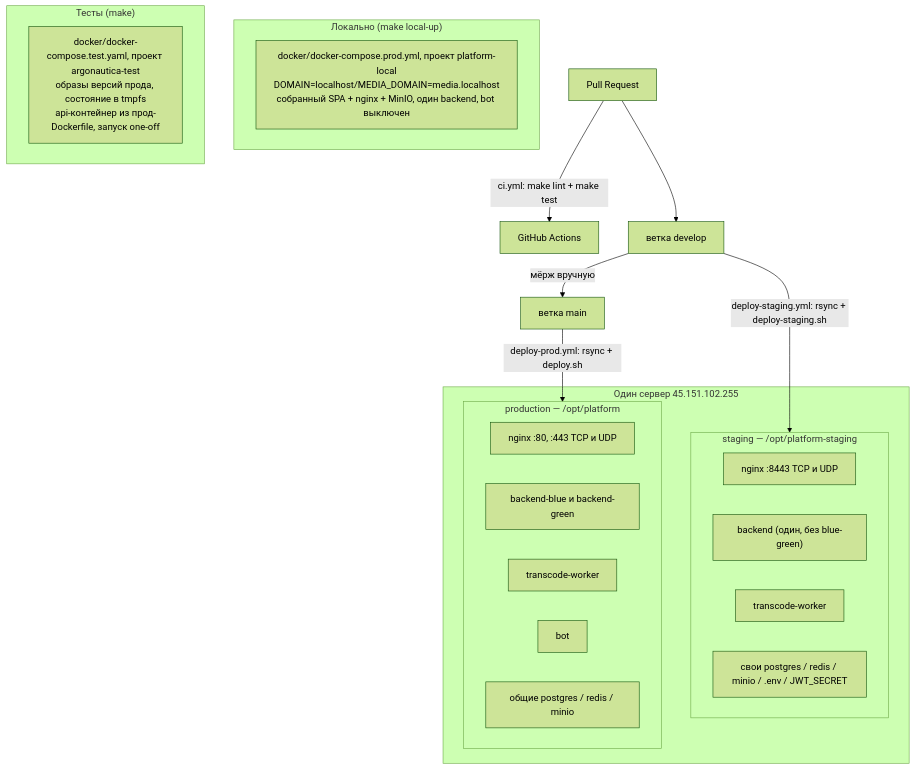
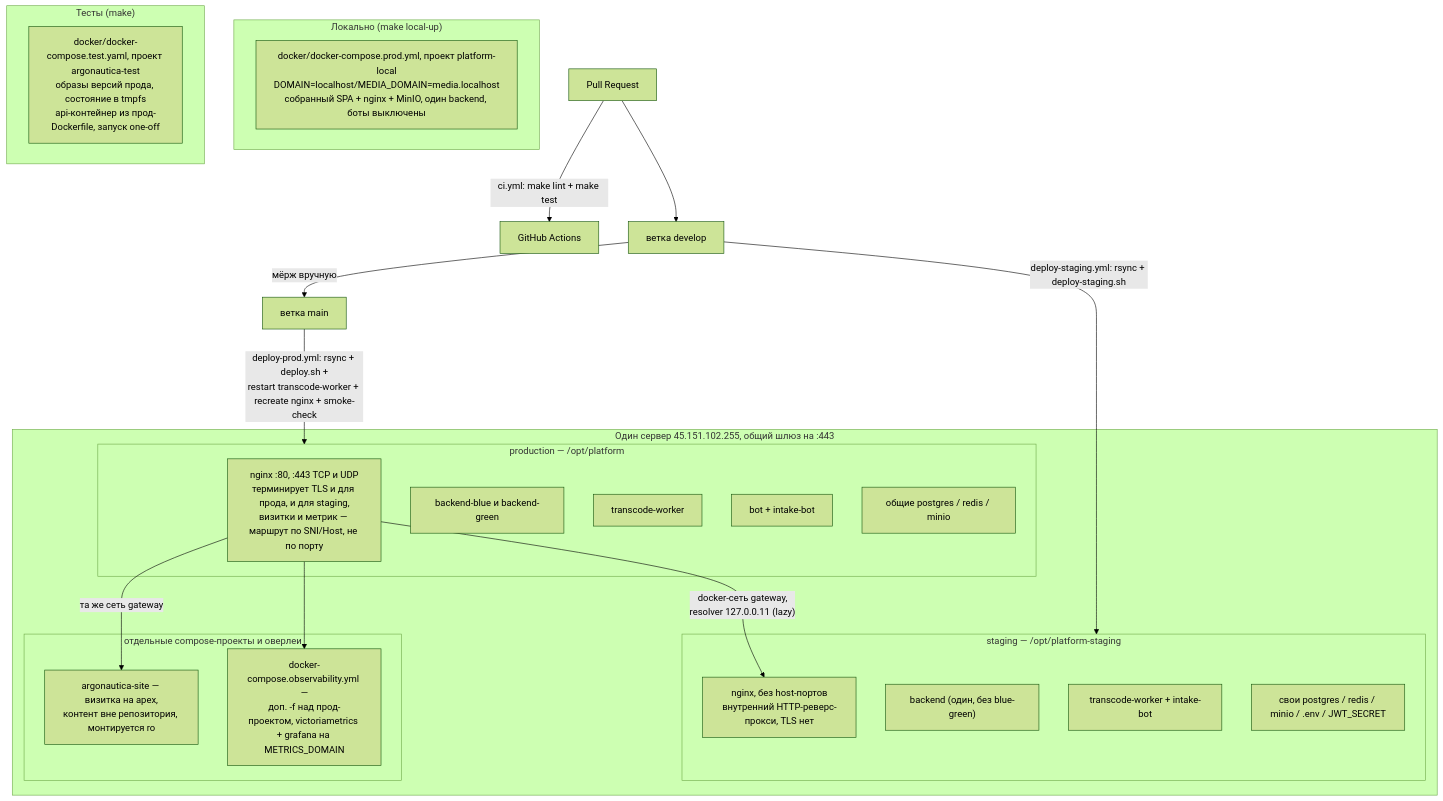
Diagram 19 of 20 in docs/ARCHITECTURE.md (code-tamer3000/argonautica-platfrorm), drawn with Mermaid (forest theme) before and after one commit. The commit also changed other lines of this file, not shown here.

First line of the commit message:
docs: синхронизировать ARCHITECTURE.md с реальностью бэкенда

````diff
--- a/docs/ARCHITECTURE.md
+++ b/docs/ARCHITECTURE.md
@@ -818,32 +1072,40 @@
 ```mermaid
 flowchart TB
     subgraph dev["Локально (make local-up)"]
-        DC["docker/docker-compose.prod.yml, проект platform-local<br/>DOMAIN=localhost/MEDIA_DOMAIN=media.localhost<br/>собранный SPA + nginx + MinIO, один backend, bot выключен"]
+        DC["docker/docker-compose.prod.yml, проект platform-local<br/>DOMAIN=localhost/MEDIA_DOMAIN=media.localhost<br/>собранный SPA + nginx + MinIO, один backend, боты выключены"]
     end
 
     subgraph tst["Тесты (make)"]
         TC["docker/docker-compose.test.yaml, проект argonautica-test<br/>образы версий прода, состояние в tmpfs<br/>api-контейнер из прод-Dockerfile, запуск one-off"]
     end
 
-    subgraph srv["Один сервер 45.151.102.255"]
+    subgraph srv["Один сервер 45.151.102.255, общий шлюз на :443"]
+        subgraph prd["production — /opt/platform"]
+            PN["nginx :80, :443 TCP и UDP<br/>терминирует TLS и для прода, и для staging,<br/>визитки и метрик — маршрут по SNI/Host, не по порту"]
+            PB["backend-blue и backend-green"]
+            PW["transcode-worker"]
+            PBot["bot + intake-bot"]
+            PS["общие postgres / redis / minio"]
+        end
         subgraph stg["staging — /opt/platform-staging"]
-            SN["nginx :8443 TCP и UDP"]
+            SN["nginx, без host-портов<br/>внутренний HTTP-реверс-прокси, TLS нет"]
             SB["backend (один, без blue-green)"]
-            SW["transcode-worker"]
+            SW["transcode-worker + intake-bot"]
             SS["свои postgres / redis / minio / .env / JWT_SECRET"]
         end
-        subgraph prd["production — /opt/platform"]
-            PN["nginx :80, :443 TCP и UDP"]
-            PB["backend-blue и backend-green"]
-            PW["transcode-worker"]
-            PBot["bot"]
-            PS["общие postgres / redis / minio"]
+        subgraph aside["отдельные compose-проекты и оверлеи"]
+            ST["argonautica-site — визитка на apex,<br/>контент вне репозитория, монтируется ro"]
+            OB["docker-compose.observability.yml —<br/>доп. -f над прод-проектом, victoriametrics + grafana на METRICS_DOMAIN"]
         end
     end
 
+    PN -->|"docker-сеть gateway,<br/>resolver 127.0.0.11 (lazy)"| SN
+    PN -->|"та же сеть gateway"| ST
+    PN --> OB
+
     PR["Pull Request"] -->|"ci.yml: make lint + make test"| CI["GitHub Actions"]
     DEV["ветка develop"] -->|"deploy-staging.yml: rsync + deploy-staging.sh"| stg
-    MAIN["ветка main"] -->|"deploy-prod.yml: rsync + deploy.sh"| prd
+    MAIN["ветка main"] -->|"deploy-prod.yml: rsync + deploy.sh +<br/>restart transcode-worker + recreate nginx + smoke-check"| prd
     PR --> DEV
     DEV -->|"мёрж вручную"| MAIN
 ```
````
